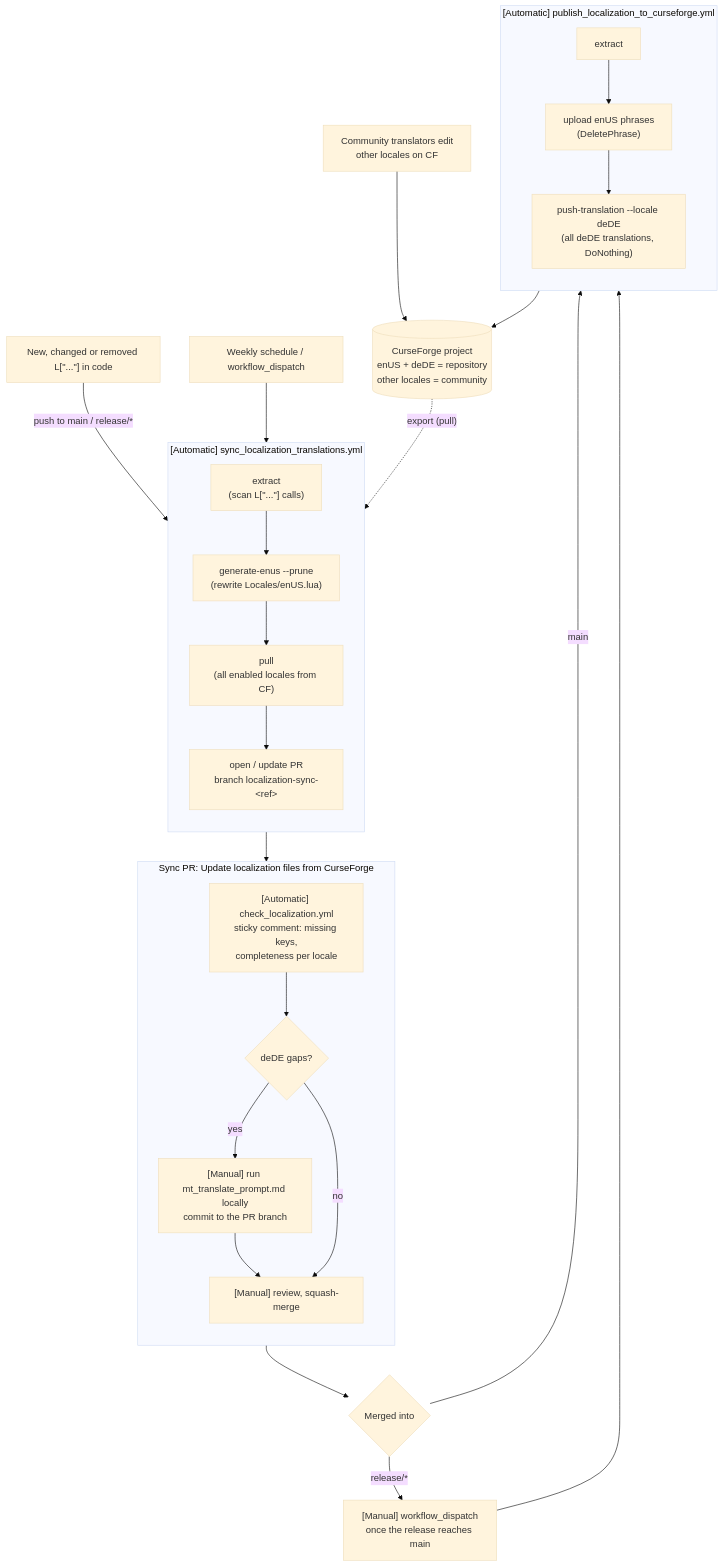
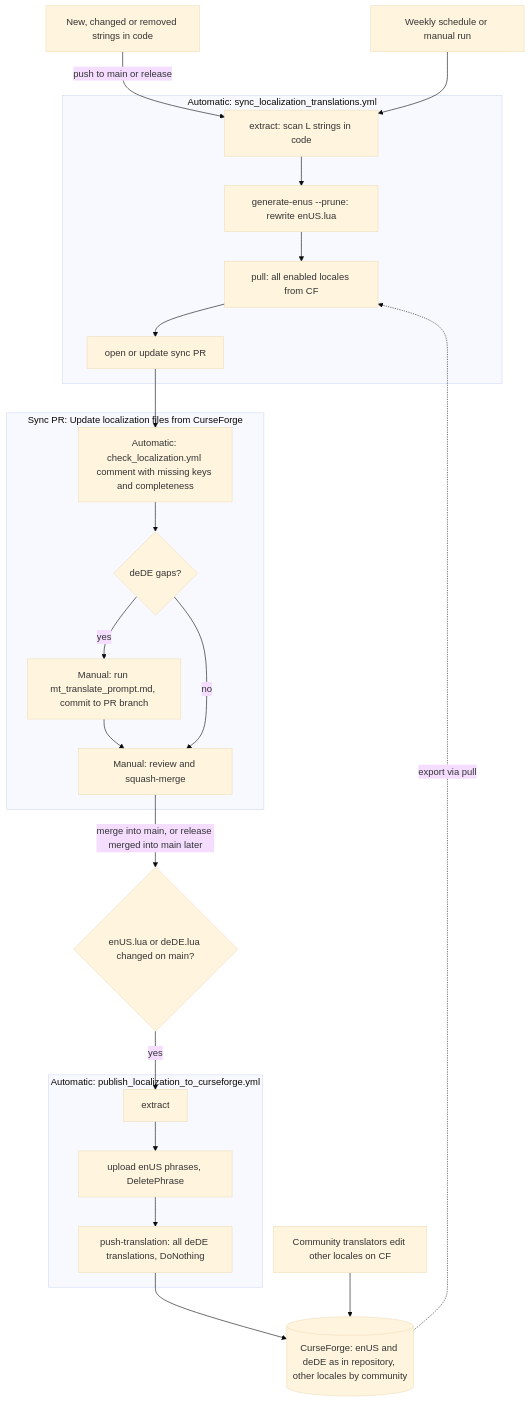
The diagram in Source/Wiki/LocalizationUpdateProcess.md (Backupiseasy/ThreatPlates), drawn with Mermaid (base theme) before and after one commit. The commit also changed other lines of this file and 3 other files, not shown here.

First line of the commit message:
Publish localization on every enUS/deDE change on main

````diff
--- a/Source/Wiki/LocalizationUpdateProcess.md
+++ b/Source/Wiki/LocalizationUpdateProcess.md
@@ -17,49 +17,44 @@
 ```mermaid
 flowchart TD
-    code["New, changed or removed L[&quot;...&quot;] in code"]
-    weekly["Weekly schedule / workflow_dispatch"]
-    cfEdit["Community translators edit<br/>other locales on CF"]
+    codeChange["New, changed or removed strings in code"]
+    weekly["Weekly schedule or manual run"]
+    cfEdit["Community translators edit other locales on CF"]
 
-    subgraph sync ["[Automatic] sync_localization_translations.yml"]
-        direction TB
-        s1["extract<br/>(scan L[&quot;...&quot;] calls)"]
-        s2["generate-enus --prune<br/>(rewrite Locales/enUS.lua)"]
-        s3["pull<br/>(all enabled locales from CF)"]
-        s4["open / update PR<br/>branch localization-sync-&lt;ref&gt;"]
+    subgraph syncWf ["Automatic: sync_localization_translations.yml"]
+        s1["extract: scan L strings in code"]
+        s2["generate-enus --prune: rewrite enUS.lua"]
+        s3["pull: all enabled locales from CF"]
+        s4["open or update sync PR"]
         s1 --> s2 --> s3 --> s4
     end
 
-    subgraph pr ["Sync PR: Update localization files from CurseForge"]
-        direction TB
-        p1["[Automatic] check_localization.yml<br/>sticky comment: missing keys,<br/>completeness per locale"]
+    subgraph syncPr ["Sync PR: Update localization files from CurseForge"]
+        p1["Automatic: check_localization.yml comment with missing keys and completeness"]
         p2{"deDE gaps?"}
-        p3["[Manual] run mt_translate_prompt.md locally<br/>commit to the PR branch"]
-        p4["[Manual] review, squash-merge"]
+        p3["Manual: run mt_translate_prompt.md, commit to PR branch"]
+        p4["Manual: review and squash-merge"]
         p1 --> p2
         p2 -- yes --> p3 --> p4
         p2 -- no --> p4
     end
 
-    target{"Merged into"}
+    mainPush{"enUS.lua or deDE.lua changed on main?"}
 
-    subgraph publish ["[Automatic] publish_localization_to_curseforge.yml"]
-        direction TB
+    subgraph publishWf ["Automatic: publish_localization_to_curseforge.yml"]
         u1["extract"]
-        u2["upload enUS phrases<br/>(DeletePhrase)"]
-        u3["push-translation --locale deDE<br/>(all deDE translations, DoNothing)"]
+        u2["upload enUS phrases, DeletePhrase"]
+        u3["push-translation: all deDE translations, DoNothing"]
         u1 --> u2 --> u3
     end
 
-    manual["[Manual] workflow_dispatch<br/>once the release reaches main"]
-    cf[("CurseForge project<br/>enUS + deDE = repository<br/>other locales = community")]
+    cf[("CurseForge: enUS and deDE as in repository, other locales by community")]
 
-    code -- "push to main / release/*" --> s1
+    codeChange -- "push to main or release" --> s1
     weekly --> s1
     s4 --> p1
-    p4 --> target
-    target -- main --> u1
-    target -- "release/*" --> manual --> u1
+    p4 -- "merge into main, or release merged into main later" --> mainPush
+    mainPush -- yes --> u1
     u3 --> cf
     cfEdit --> cf
-    cf -. "export (pull)" .-> s3
+    cf -. "export via pull" .-> s3
 ```
````
